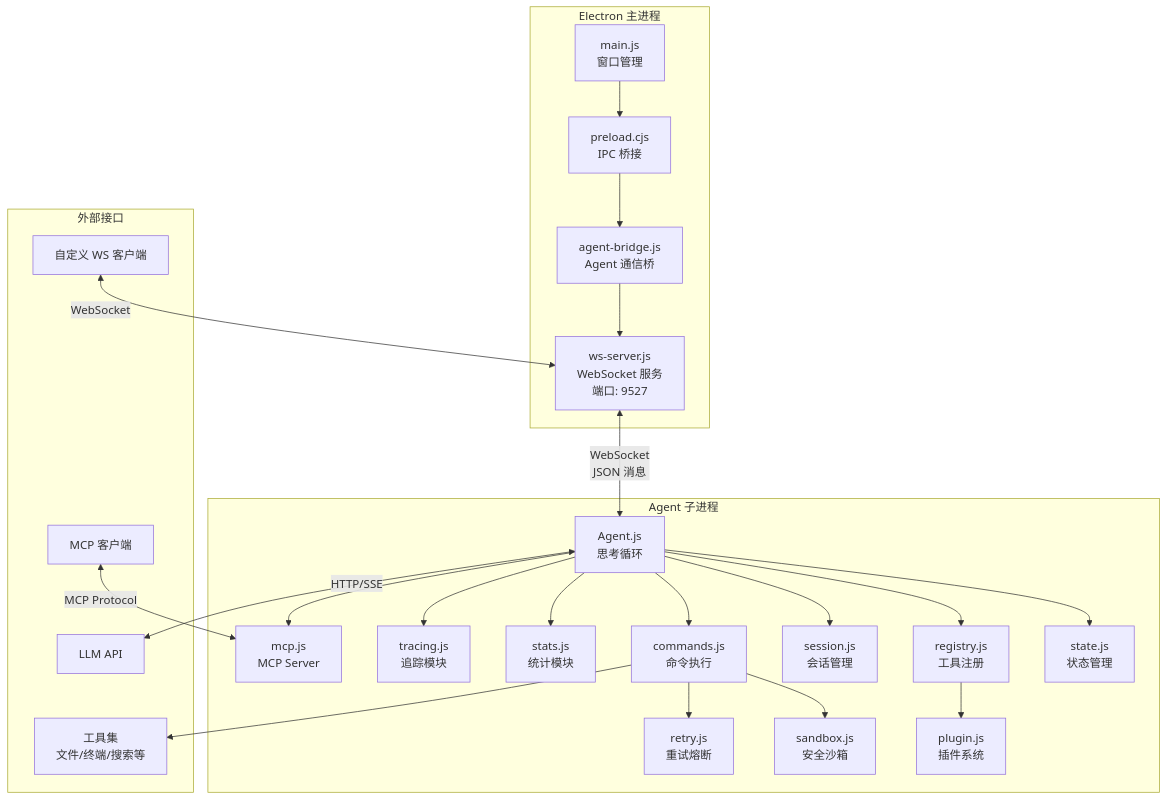
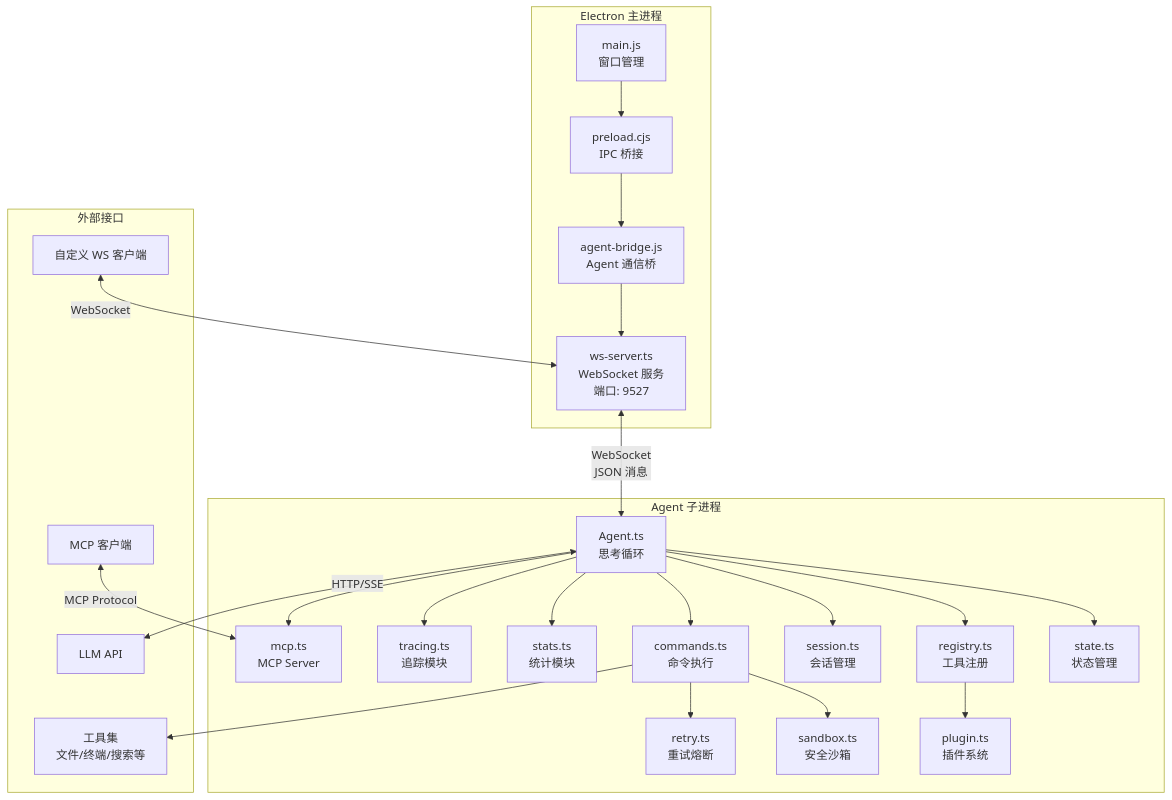
Before and after one commit to 1486853830/CogitoAgent: the first of 7 diagrams in introduction/architecture.md, drawn with Mermaid. The commit also changed other lines of this file and 23 other files, not shown here.

````diff
--- a/introduction/architecture.md
+++ b/introduction/architecture.md
@@ -28,52 +28,52 @@
 ```mermaid
 flowchart TB
     subgraph Electron["Electron 主进程"]
         Main["main.js<br/>窗口管理"]
         Preload["preload.cjs<br/>IPC 桥接"]
         Bridge["agent-bridge.js<br/>Agent 通信桥"]
-        WSServer["ws-server.js<br/>WebSocket 服务<br/>端口: 9527"]
+        WSServer["ws-server.ts<br/>WebSocket 服务<br/>端口: 9527"]
     end
 
     subgraph Subprocess["Agent 子进程"]
-        Agent["Agent.js<br/>思考循环"]
-        State["state.js<br/>状态管理"]
-        Registry["registry.js<br/>工具注册"]
-        Session["session.js<br/>会话管理"]
-        Commands["commands.js<br/>命令执行"]
-        Sandbox["sandbox.js<br/>安全沙箱"]
-        Stats["stats.js<br/>统计模块"]
-        Tracing["tracing.js<br/>追踪模块"]
-        Retry["retry.js<br/>重试熔断"]
-        MCP["mcp.js<br/>MCP Server"]
-        Plugin["plugin.js<br/>插件系统"]
+        Agent["Agent.ts<br/>思考循环"]
+        State["state.ts<br/>状态管理"]
+        Registry["registry.ts<br/>工具注册"]
+        Session["session.ts<br/>会话管理"]
+        Commands["commands.ts<br/>命令执行"]
+        Sandbox["sandbox.ts<br/>安全沙箱"]
+        Stats["stats.ts<br/>统计模块"]
+        Tracing["tracing.ts<br/>追踪模块"]
+        Retry["retry.ts<br/>重试熔断"]
+        MCP["mcp.ts<br/>MCP Server"]
+        Plugin["plugin.ts<br/>插件系统"]
     end
 
     subgraph External["外部接口"]
         LLM["LLM API"]
         Tools["工具集<br/>文件/终端/搜索等"]
         WSClient["自定义 WS 客户端"]
         MCPClient["MCP 客户端"]
     end
 
     Main --> Preload
     Preload --> Bridge
     Bridge --> WSServer
 
     Agent --> State
     Agent --> Registry
     Agent --> Session
     Agent --> Commands
     Agent --> Stats
     Agent --> Tracing
     Commands --> Sandbox
     Commands --> Retry
     Registry --> Plugin
     Agent --> MCP
 
     WSServer <-->|"WebSocket<br/>JSON 消息"| Agent
 
     Agent <-->|"HTTP/SSE"| LLM
     Commands --> Tools
     WSClient <-->|"WebSocket"| WSServer
     MCPClient <-->|"MCP Protocol"| MCP
 ```
````
